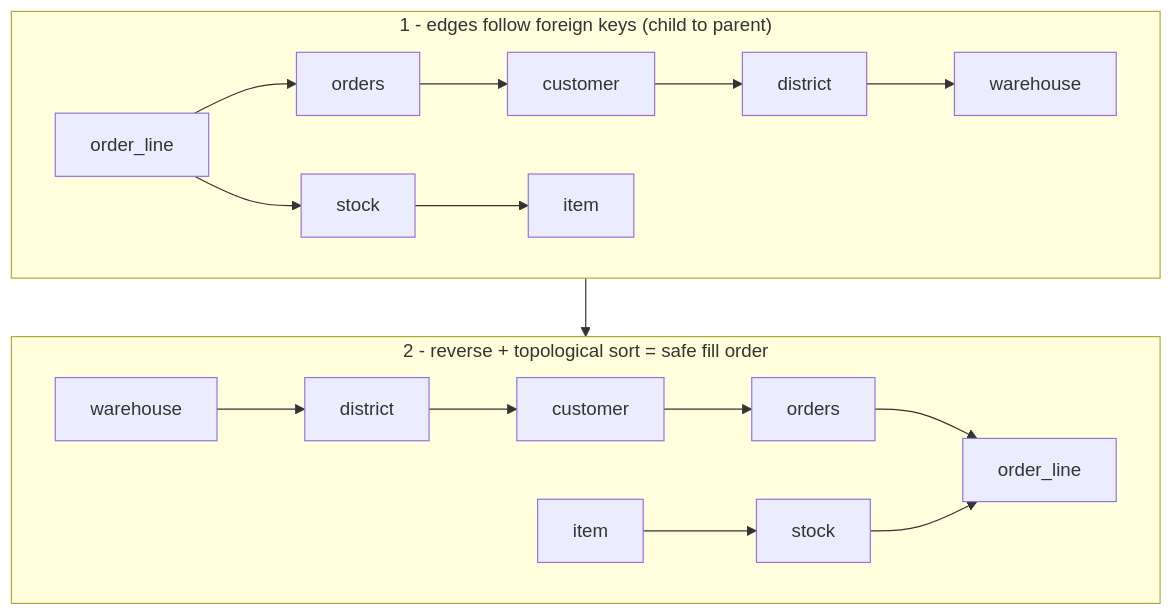
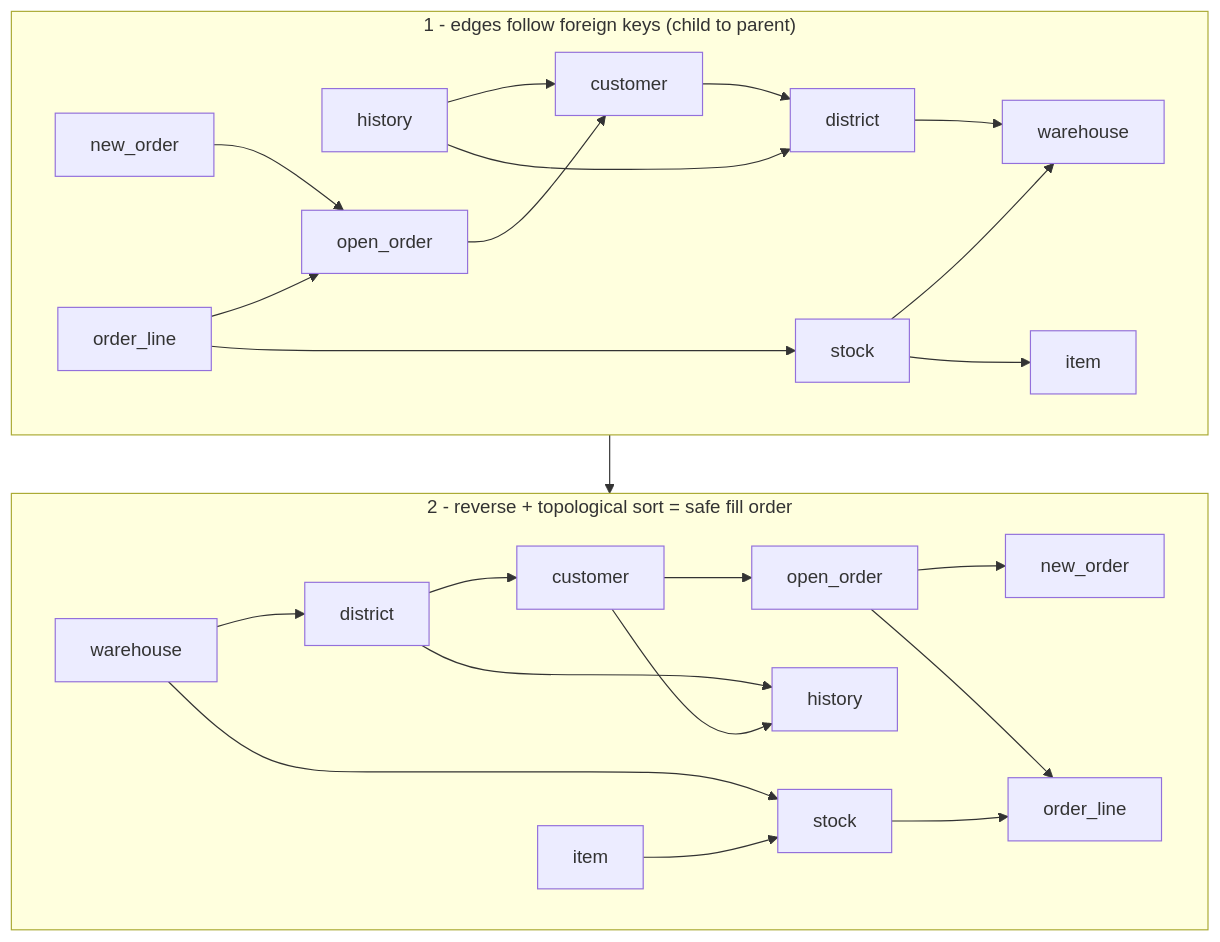
Before and after one commit to timveil/bloviate: the second of 8 diagrams in docs/ARCHITECTURE.md, drawn with Mermaid. The commit also changed other lines of this file, not shown here.

Commit message:
docs: make TPC-C dependency diagrams match the canonical schema (#515)

````diff
--- a/docs/ARCHITECTURE.md
+++ b/docs/ARCHITECTURE.md
@@ -66,20 +66,32 @@
 ```mermaid
 flowchart TD
     subgraph build["1 - edges follow foreign keys (child to parent)"]
         direction LR
-        orders1[orders] --> customer1[customer]
-        order_line1[order_line] --> orders1
-        order_line1 --> stock1[stock]
+        stock1[stock] --> warehouse1[warehouse]
         stock1 --> item1[item]
-        customer1 --> district1[district]
-        district1 --> warehouse1[warehouse]
+        district1[district] --> warehouse1
+        customer1[customer] --> district1
+        history1[history] --> customer1
+        history1 --> district1
+        open_order1[open_order] --> customer1
+        new_order1[new_order] --> open_order1
+        order_line1[order_line] --> open_order1
+        order_line1 --> stock1
     end
 
     subgraph sort["2 - reverse + topological sort = safe fill order"]
         direction LR
-        warehouse2[warehouse] --> district2[district] --> customer2[customer] --> orders2[orders] --> order_line2[order_line]
-        item2[item] --> stock2[stock] --> order_line2
+        warehouse2[warehouse] --> stock2[stock]
+        item2[item] --> stock2
+        warehouse2 --> district2[district]
+        district2 --> customer2[customer]
+        district2 --> history2[history]
+        customer2 --> history2
+        customer2 --> open_order2[open_order]
+        open_order2 --> new_order2[new_order]
+        open_order2 --> order_line2[order_line]
+        stock2 --> order_line2
     end
 
     build --> sort
 ```
````
